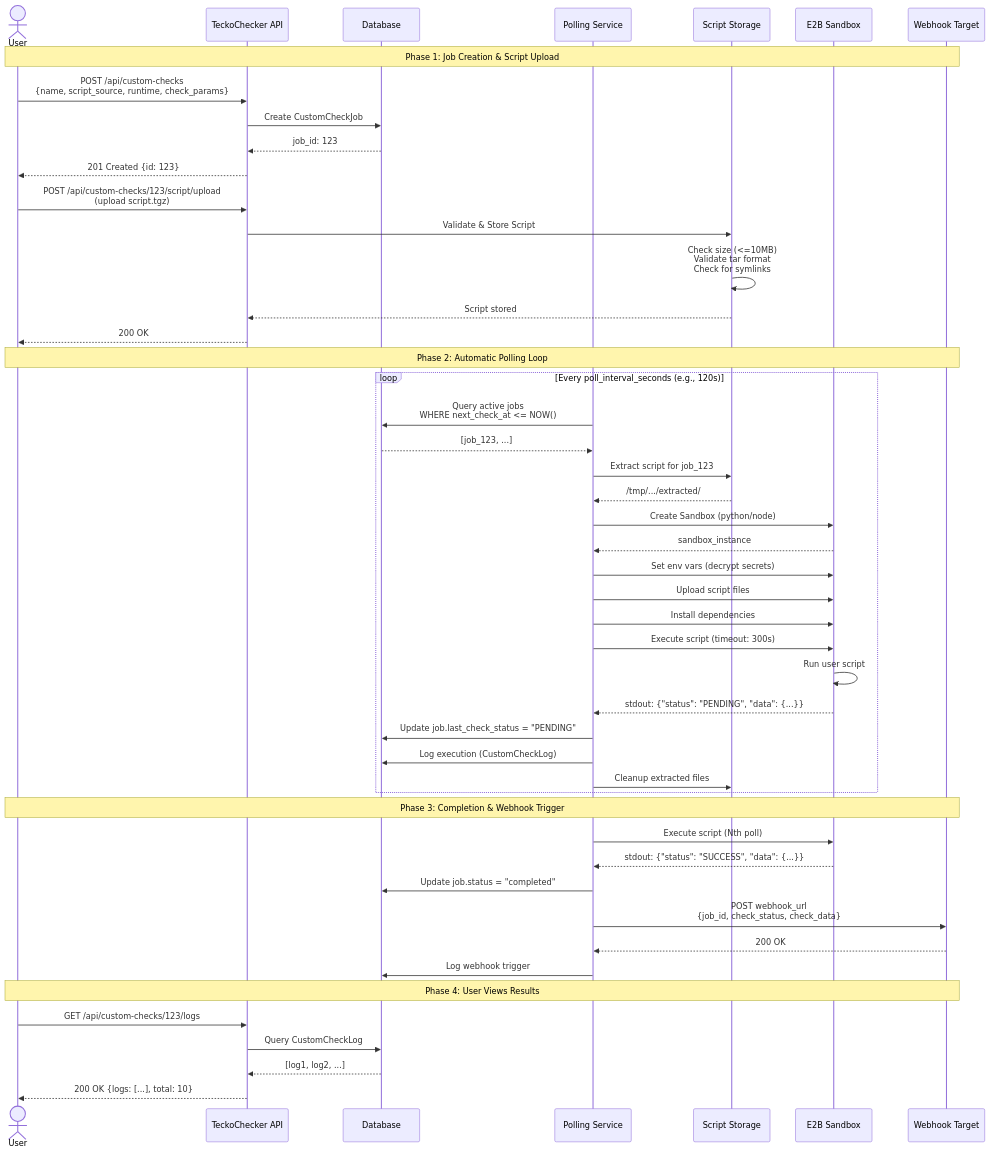
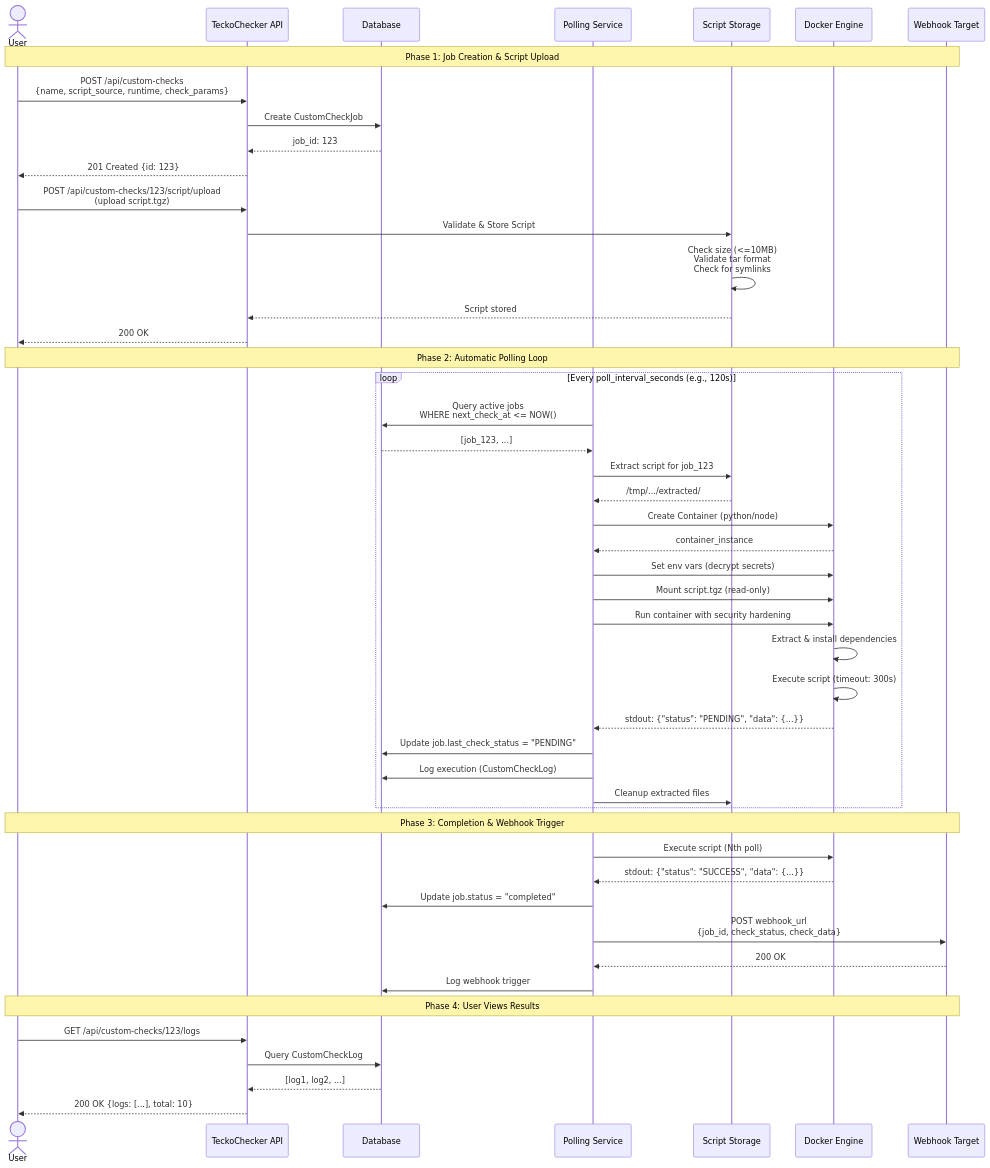
Before and after one commit to padak/teckochecker: the first of 2 diagrams in docs/architecture/custom-checks-prd.md, drawn with Mermaid. The commit also changed other lines of this file, not shown here.

````diff
--- a/docs/architecture/custom-checks-prd.md
+++ b/docs/architecture/custom-checks-prd.md
@@ -70,61 +73,61 @@
 ```mermaid
 sequenceDiagram
     actor User
     participant API as TeckoChecker API
     participant DB as Database
     participant Poller as Polling Service
     participant Storage as Script Storage
-    participant E2B as E2B Sandbox
+    participant Docker as Docker Engine
     participant Webhook as Webhook Target
 
     Note over User,Webhook: Phase 1: Job Creation & Script Upload
     User->>API: POST /api/custom-checks<br/>{name, script_source, runtime, check_params}
     API->>DB: Create CustomCheckJob
     DB-->>API: job_id: 123
     API-->>User: 201 Created {id: 123}
 
     User->>API: POST /api/custom-checks/123/script/upload<br/>(upload script.tgz)
     API->>Storage: Validate & Store Script
     Storage->>Storage: Check size (<=10MB)<br/>Validate tar format<br/>Check for symlinks
     Storage-->>API: Script stored
     API-->>User: 200 OK
 
     Note over User,Webhook: Phase 2: Automatic Polling Loop
     loop Every poll_interval_seconds (e.g., 120s)
         Poller->>DB: Query active jobs<br/>WHERE next_check_at <= NOW()
         DB-->>Poller: [job_123, ...]
 
         Poller->>Storage: Extract script for job_123
         Storage-->>Poller: /tmp/.../extracted/
 
-        Poller->>E2B: Create Sandbox (python/node)
-        E2B-->>Poller: sandbox_instance
+        Poller->>Docker: Create Container (python/node)
+        Docker-->>Poller: container_instance
 
-        Poller->>E2B: Set env vars (decrypt secrets)
-        Poller->>E2B: Upload script files
-        Poller->>E2B: Install dependencies
-        Poller->>E2B: Execute script (timeout: 300s)
+        Poller->>Docker: Set env vars (decrypt secrets)
+        Poller->>Docker: Mount script.tgz (read-only)
+        Poller->>Docker: Run container with security hardening
+        Docker->>Docker: Extract & install dependencies
+        Docker->>Docker: Execute script (timeout: 300s)
 
-        E2B->>E2B: Run user script
-        E2B-->>Poller: stdout: {"status": "PENDING", "data": {...}}
+        Docker-->>Poller: stdout: {"status": "PENDING", "data": {...}}
 
         Poller->>DB: Update job.last_check_status = "PENDING"
         Poller->>DB: Log execution (CustomCheckLog)
         Poller->>Storage: Cleanup extracted files
     end
 
     Note over User,Webhook: Phase 3: Completion & Webhook Trigger
-    Poller->>E2B: Execute script (Nth poll)
-    E2B-->>Poller: stdout: {"status": "SUCCESS", "data": {...}}
+    Poller->>Docker: Execute script (Nth poll)
+    Docker-->>Poller: stdout: {"status": "SUCCESS", "data": {...}}
 
     Poller->>DB: Update job.status = "completed"
     Poller->>Webhook: POST webhook_url<br/>{job_id, check_status, check_data}
     Webhook-->>Poller: 200 OK
     Poller->>DB: Log webhook trigger
 
     Note over User,Webhook: Phase 4: User Views Results
     User->>API: GET /api/custom-checks/123/logs
     API->>DB: Query CustomCheckLog
     DB-->>API: [log1, log2, ...]
     API-->>User: 200 OK {logs: [...], total: 10}
 ```
````
